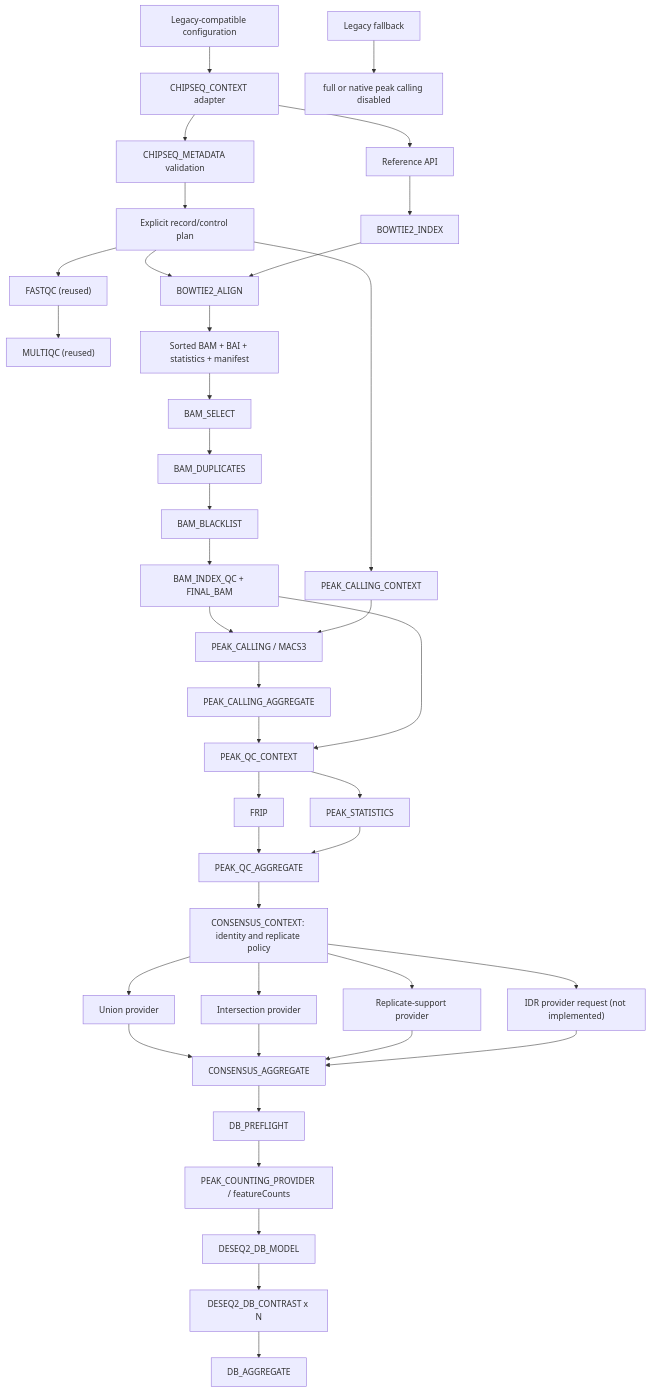
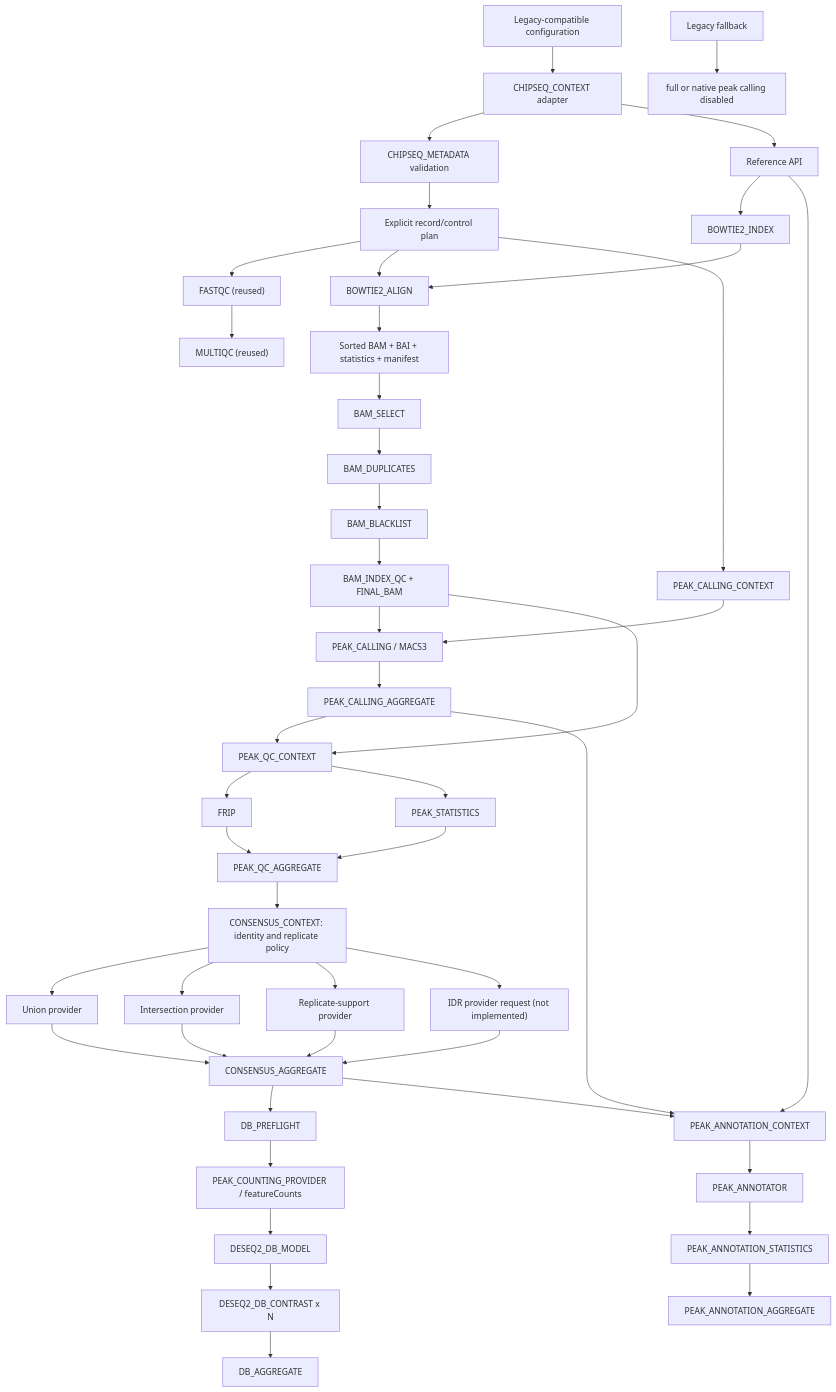
One commit to GMiguelAlves/HelixForge changed the diagram in docs/chipseq-architecture.md. Above: the diagram before and after it, drawn with Mermaid. The commit also changed other lines of this file and 6 other files, not shown here.

Commit message:
Document native peak annotation

````diff
--- a/docs/chipseq-architecture.md
+++ b/docs/chipseq-architecture.md
@@ -7,44 +7,51 @@
 ```mermaid
 flowchart TD
     CFG["Legacy-compatible configuration"] --> CTX["CHIPSEQ_CONTEXT adapter"]
     CTX --> META["CHIPSEQ_METADATA validation"]
     META --> PLAN["Explicit record/control plan"]
     PLAN --> FQ["FASTQC (reused)"]
     FQ --> MQ["MULTIQC (reused)"]
     CTX --> REF["Reference API"]
     REF --> BI["BOWTIE2_INDEX"]
     PLAN --> BA["BOWTIE2_ALIGN"]
     BI --> BA
     BA --> BAM["Sorted BAM + BAI + statistics + manifest"]
 
     BAM --> SEL["BAM_SELECT"]
     SEL --> DUP["BAM_DUPLICATES"]
     DUP --> BL["BAM_BLACKLIST"]
     BL --> FINAL["BAM_INDEX_QC + FINAL_BAM"]
     PLAN --> PCTX["PEAK_CALLING_CONTEXT"]
     FINAL --> PC["PEAK_CALLING / MACS3"]
     PCTX --> PC
     PC --> PAGG["PEAK_CALLING_AGGREGATE"]
     PAGG --> PQC["PEAK_QC_CONTEXT"]
     FINAL --> PQC
     PQC --> FRIP["FRIP"]
     PQC --> PSTAT["PEAK_STATISTICS"]
     FRIP --> QAGG["PEAK_QC_AGGREGATE"]
     PSTAT --> QAGG
     QAGG --> CCTX["CONSENSUS_CONTEXT: identity and replicate policy"]
     CCTX --> UNION["Union provider"]
     CCTX --> INTER["Intersection provider"]
     CCTX --> SUPPORT["Replicate-support provider"]
     CCTX --> IDR["IDR provider request (not implemented)"]
     UNION --> CAGG["CONSENSUS_AGGREGATE"]
     INTER --> CAGG
     SUPPORT --> CAGG
     IDR --> CAGG
     CAGG --> DBP["DB_PREFLIGHT"]
     DBP --> COUNT["PEAK_COUNTING_PROVIDER / featureCounts"]
     COUNT --> DBM["DESEQ2_DB_MODEL"]
     DBM --> DBC["DESEQ2_DB_CONTRAST x N"]
     DBC --> DBA["DB_AGGREGATE"]
 
+    PAGG --> ACTX["PEAK_ANNOTATION_CONTEXT"]
+    CAGG --> ACTX
+    REF --> ACTX
+    ACTX --> ANNO["PEAK_ANNOTATOR"]
+    ANNO --> ASTAT["PEAK_ANNOTATION_STATISTICS"]
+    ASTAT --> AAGG["PEAK_ANNOTATION_AGGREGATE"]
+
     LEG["Legacy fallback"] --> FULL["full or native peak calling disabled"]
 ```
````
